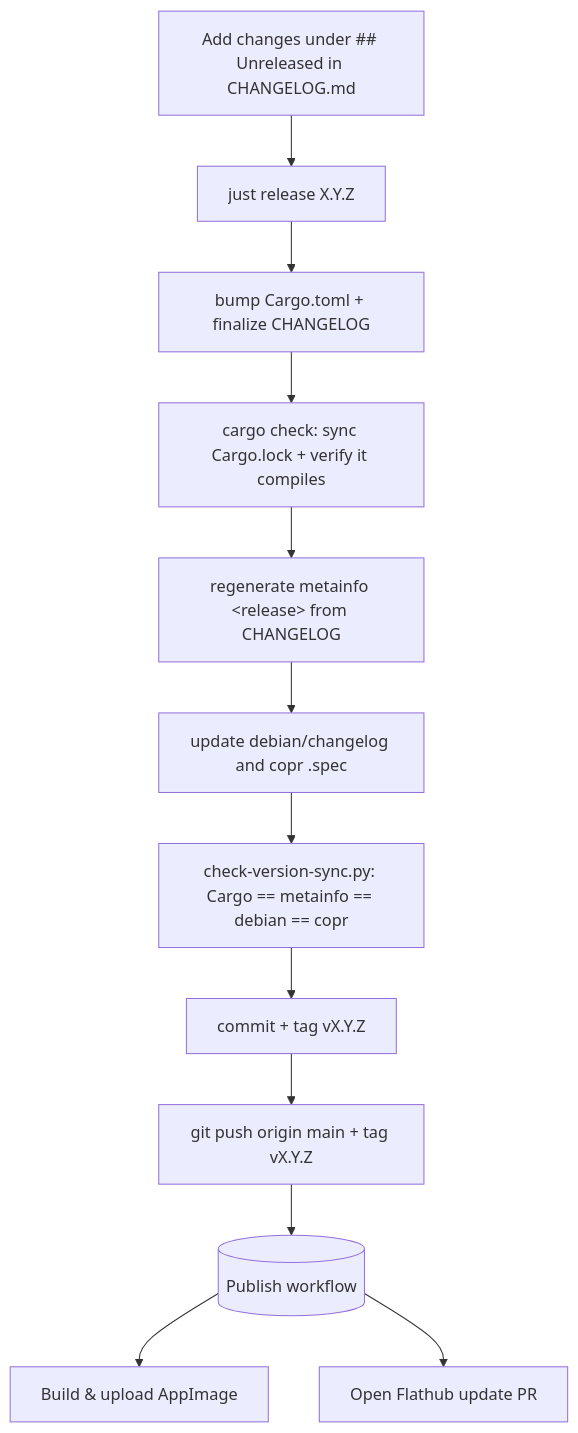
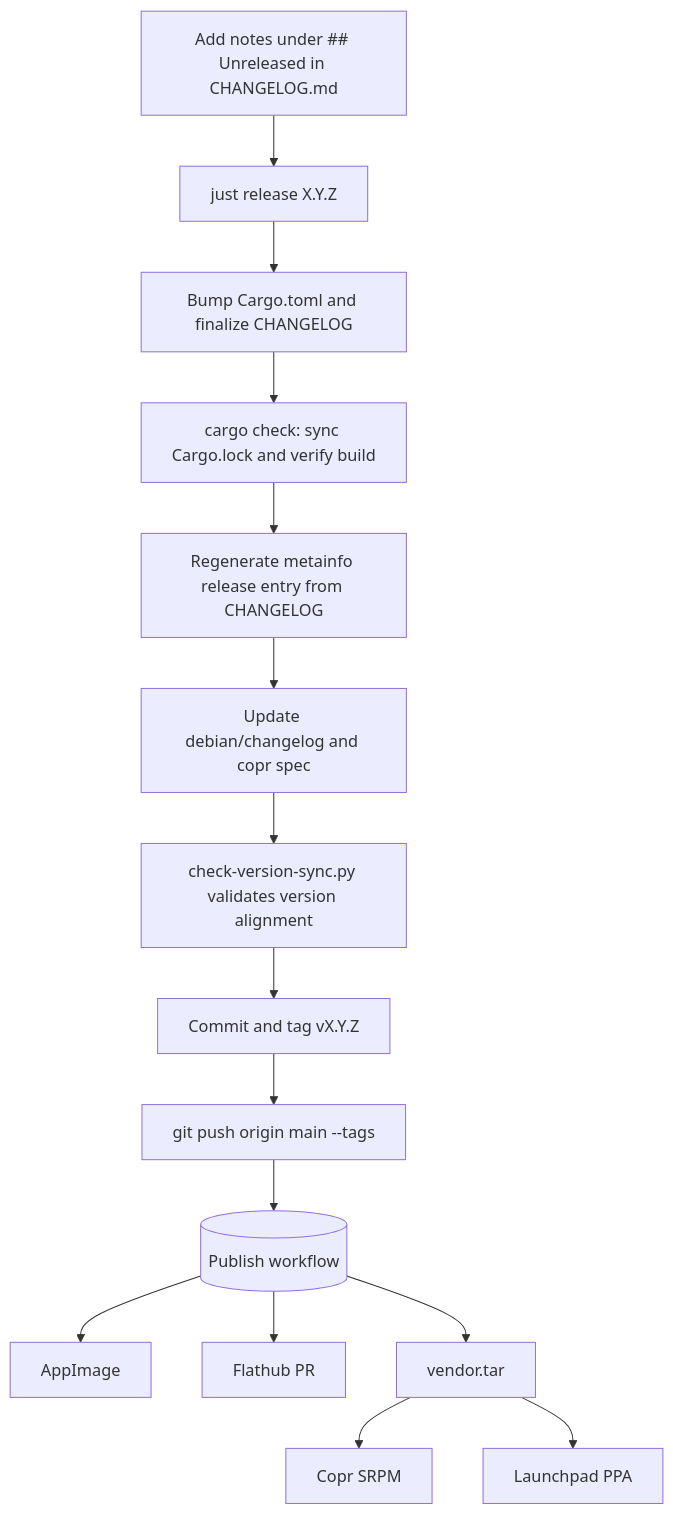
One commit to cosmic-utils/enroll changed the diagram in packaging/RELEASING.md. Above: the diagram before and after it, drawn with Mermaid. The commit also changed other lines of this file and 1 other file, not shown here.

````diff
--- a/packaging/RELEASING.md
+++ b/packaging/RELEASING.md
@@ -10,14 +7,17 @@
 ```mermaid
 flowchart TD
-  U[Add changes under ## Unreleased in CHANGELOG.md] --> R[just release X.Y.Z]
-  R --> B[bump Cargo.toml + finalize CHANGELOG]
-  B --> C[cargo check: sync Cargo.lock + verify it compiles]
-  C --> M[regenerate metainfo &lt;release&gt; from CHANGELOG]
-  M --> D[update debian/changelog and copr .spec]
-  D --> S[check-version-sync.py: Cargo == metainfo == debian == copr]
-  S --> G[commit + tag vX.Y.Z]
-  G --> P[git push origin main + tag vX.Y.Z]
+  U[Add notes under ## Unreleased in CHANGELOG.md] --> R[just release X.Y.Z]
+  R --> B[Bump Cargo.toml and finalize CHANGELOG]
+  B --> C[cargo check: sync Cargo.lock and verify build]
+  C --> M[Regenerate metainfo release entry from CHANGELOG]
+  M --> D[Update debian/changelog and copr spec]
+  D --> S[check-version-sync.py validates version alignment]
+  S --> G[Commit and tag vX.Y.Z]
+  G --> P[git push origin main --tags]
   P --> W[(Publish workflow)]
-  W --> APP[Build & upload AppImage]
-  W --> FH[Open Flathub update PR]
+  W --> APP[AppImage]
+  W --> FH[Flathub PR]
+  W --> VT[vendor.tar]
+  VT --> CP[Copr SRPM]
+  VT --> LP[Launchpad PPA]
 ```
````
